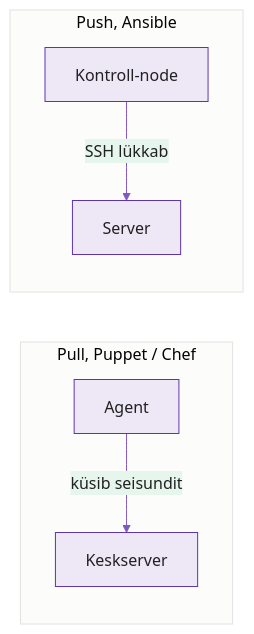
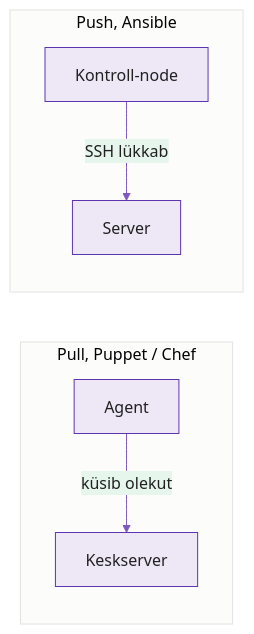
One commit to hkhk-automation/devops changed the first of 5 diagrams in docs/week03/lecture.md. Above: the diagram before and after it, drawn with Mermaid. The commit also changed other lines of this file and 12 other files, not shown here.

````diff
--- a/docs/week03/lecture.md
+++ b/docs/week03/lecture.md
@@ -66,10 +66,10 @@
 ```mermaid
 %%{init: {'theme':'base','themeVariables':{'primaryColor':'#ede7f6','primaryBorderColor':'#5e35b1','primaryTextColor':'#212121','lineColor':'#7e57c2'}}}%%
 graph LR
     subgraph Pull [Pull, Puppet / Chef]
-        A1[Agent] -->|küsib seisundit| M1[Keskserver]
+        A1[Agent] -->|küsib olekut| M1[Keskserver]
     end
     subgraph Push [Push, Ansible]
         C1[Kontroll-node] -->|SSH lükkab| S1[Server]
     end
 ```
````
